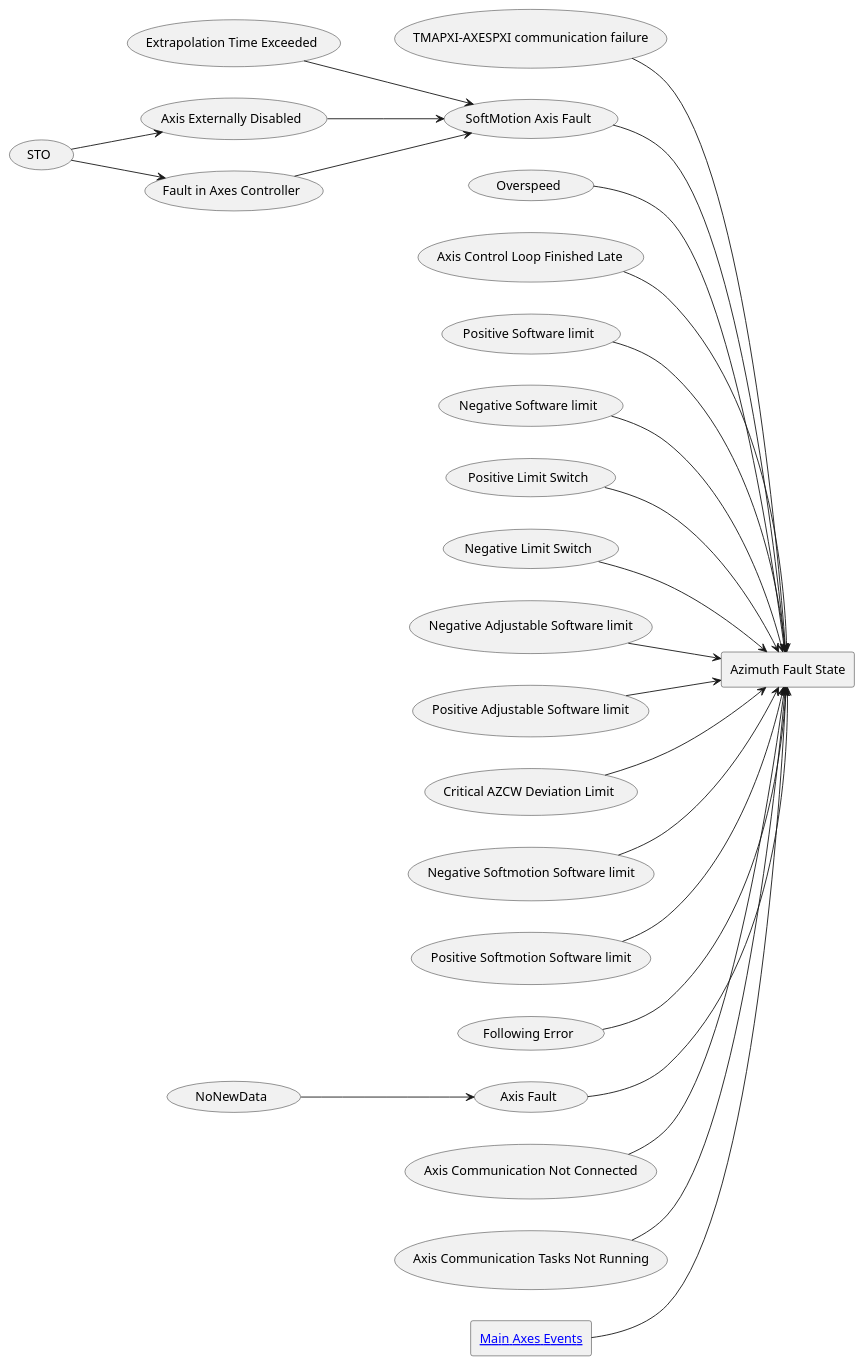
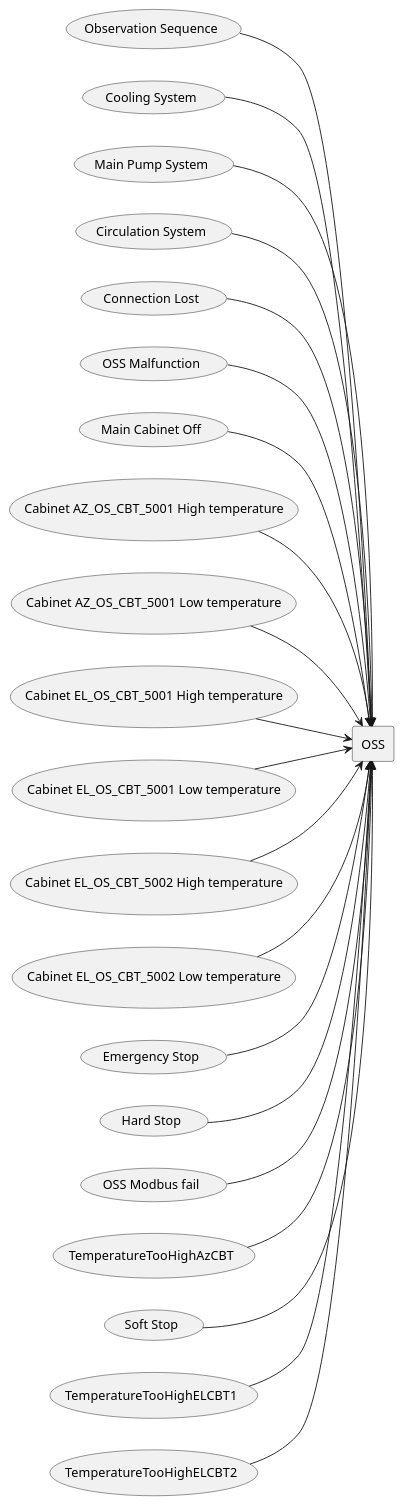
The seventh of 19 diagrams in README.md (lsst-ts/ts_tma_tma-documentation_tma-faults), drawn with PlantUML before and after one commit. The commit also changed other lines of this file, not shown here.

Commit message:
refactor: move the fault trees to an independent section

````diff
--- a/README.md
+++ b/README.md
@@ -210,57 +854,67 @@
 ```plantuml
 @startuml
 left to right direction
-rectangle "Azimuth Fault State" as Azimuth
-usecase " TMAPXI-AXESPXI communication failure " as communicationFailure
-usecase " SoftMotion Axis Fault " as SoftMotionAxisFault
-usecase " STO " as STO
-usecase " Overspeed " as Overspeed
-usecase " Axis Control Loop Finished Late " as AxisControlLoopFinishedLate
-usecase " NoNewData " as NoNewData
-usecase " Positive Software limit " as PositiveSoftwarelimit
-usecase " Negative Software limit " as NegativeSoftwarelimit
-usecase " Positive Limit Switch " as PositiveLimitSwitch
-usecase " Negative Limit Switch " as NegativeLimitSwitch
-usecase " Negative Adjustable Software limit " as NegativeAdjustableSoftwarelimit
-usecase " Positive Adjustable Software limit " as PositiveAdjustableSoftwarelimit
-usecase " Critical AZCW Deviation Limit " as CriticalAZCWDeviationLimit
-usecase " Negative Softmotion Software limit " as NegativeSoftmotionSoftwarelimit
-usecase " Positive Softmotion Software limit " as PositiveSoftmotionSoftwarelimit
-usecase " Following Error " as FollowingError
-usecase " Axis Fault " as AxisFault
-usecase " Extrapolation Time Exceeded " as ExtrapolationTimeExceeded
-usecase " Axis Communication Not Connected " as AxisCommunicationNotConnected
-usecase " Axis Communication Tasks Not Running " as AxisCommunicationTasksNotRunning
-usecase " Axis Externally Disabled " as AxisExternallyDisabled
-usecase "Fault in Axes Controller" as FaultInAxesController
+rectangle "OSS" as OSSEvents
+usecase "Observation Sequence" as ObservationSequence
 
-rectangle "[[https://gitlab.tekniker.es/publico/3151-lsst/documentation/tma-faults/-/tree/master?ref_type=heads#main-axis Main Axes Events]]" as MainAxes_fault
+ObservationSequence --> OSSEvents
+usecase "Cooling System" as CoolingSystem
 
-communicationFailure --> Azimuth
-SoftMotionAxisFault --> Azimuth
-Overspeed --> Azimuth
-AxisControlLoopFinishedLate --> Azimuth
-PositiveSoftwarelimit --> Azimuth
-NegativeSoftwarelimit --> Azimuth
-PositiveLimitSwitch --> Azimuth
-NegativeLimitSwitch --> Azimuth
-NegativeAdjustableSoftwarelimit --> Azimuth
-PositiveAdjustableSoftwarelimit --> Azimuth
-CriticalAZCWDeviationLimit --> Azimuth
-NegativeSoftmotionSoftwarelimit --> Azimuth
-PositiveSoftmotionSoftwarelimit --> Azimuth
-FollowingError --> Azimuth
-AxisFault --> Azimuth
-AxisCommunicationNotConnected --> Azimuth
-AxisCommunicationTasksNotRunning --> Azimuth
-MainAxes_fault --> Azimuth
+CoolingSystem --> OSSEvents
+usecase "Main Pump System" as MainPumpSystem
 
-FaultInAxesController --> SoftMotionAxisFault
-ExtrapolationTimeExceeded --> SoftMotionAxisFault
-AxisExternallyDisabled --> SoftMotionAxisFault
-STO --> FaultInAxesController
-STO --> AxisExternallyDisabled
-NoNewData --> AxisFault
+MainPumpSystem --> OSSEvents
+usecase "Circulation System" as CirculationSystem
+
+CirculationSystem --> OSSEvents
+usecase "Connection Lost" as ConnectionLost
+
+ConnectionLost --> OSSEvents
+usecase "OSS Malfunction" as OSSMalfunction
+
+OSSMalfunction --> OSSEvents
+usecase "Main Cabinet Off" as MainCabinetOff
+
+MainCabinetOff --> OSSEvents
+usecase "Cabinet AZ_OS_CBT_5001 High temperature" as CabinetAZ_OS_CBT_5001HighTemperature
+
+CabinetAZ_OS_CBT_5001HighTemperature --> OSSEvents
+usecase "Cabinet AZ_OS_CBT_5001 Low temperature" as CabinetAZ_OS_CBT_5001LowTemperature
+
+CabinetAZ_OS_CBT_5001LowTemperature --> OSSEvents
+usecase "Cabinet EL_OS_CBT_5001 High temperature" as CabinetEL_OS_CBT_5001HighTemperature
+
+CabinetEL_OS_CBT_5001HighTemperature --> OSSEvents
+usecase "Cabinet EL_OS_CBT_5001 Low temperature" as CabinetEL_OS_CBT_5001LowTemperature
+
+CabinetEL_OS_CBT_5001LowTemperature --> OSSEvents
+usecase "Cabinet EL_OS_CBT_5002 High temperature" as CabinetEL_OS_CBT_5002HighTemperature
+
+CabinetEL_OS_CBT_5002HighTemperature --> OSSEvents
+usecase "Cabinet EL_OS_CBT_5002 Low temperature" as CabinetEL_OS_CBT_5002LowTemperature
+
+CabinetEL_OS_CBT_5002LowTemperature --> OSSEvents
+usecase "Emergency Stop" as EmergencyStop
+
+EmergencyStop --> OSSEvents
+usecase "Hard Stop" as HardStop
+
+HardStop --> OSSEvents
+usecase "OSS Modbus fail" as OSSModbusFail
+
+OSSModbusFail --> OSSEvents
+usecase "TemperatureTooHighAzCBT" as TemperatureTooHighAzCBT
+
+TemperatureTooHighAzCBT --> OSSEvents
+usecase "Soft Stop" as SoftStop
+
+SoftStop --> OSSEvents
+usecase "TemperatureTooHighELCBT1" as TemperatureTooHighELCBT1
+
+TemperatureTooHighELCBT1 --> OSSEvents
+usecase "TemperatureTooHighELCBT2" as TemperatureTooHighELCBT2
+
+TemperatureTooHighELCBT2 --> OSSEvents
 
 @enduml
 ```
````
